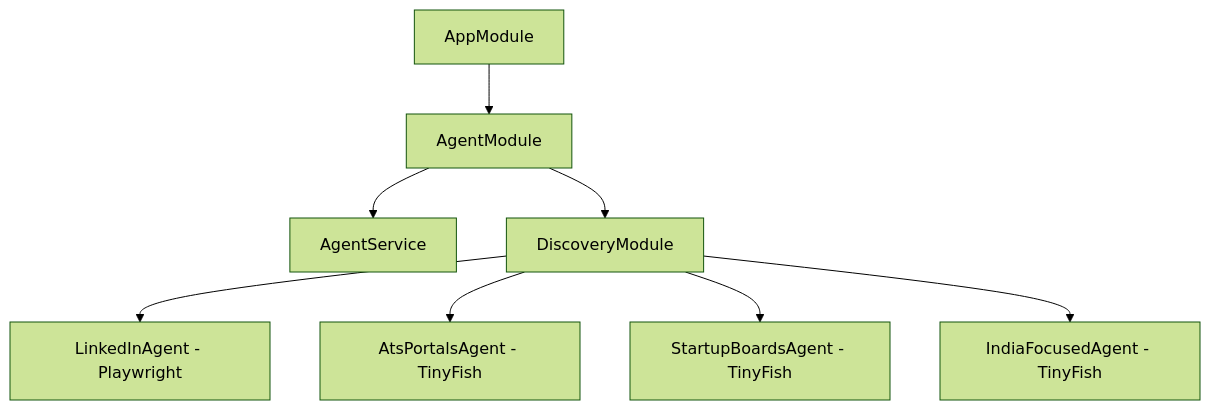
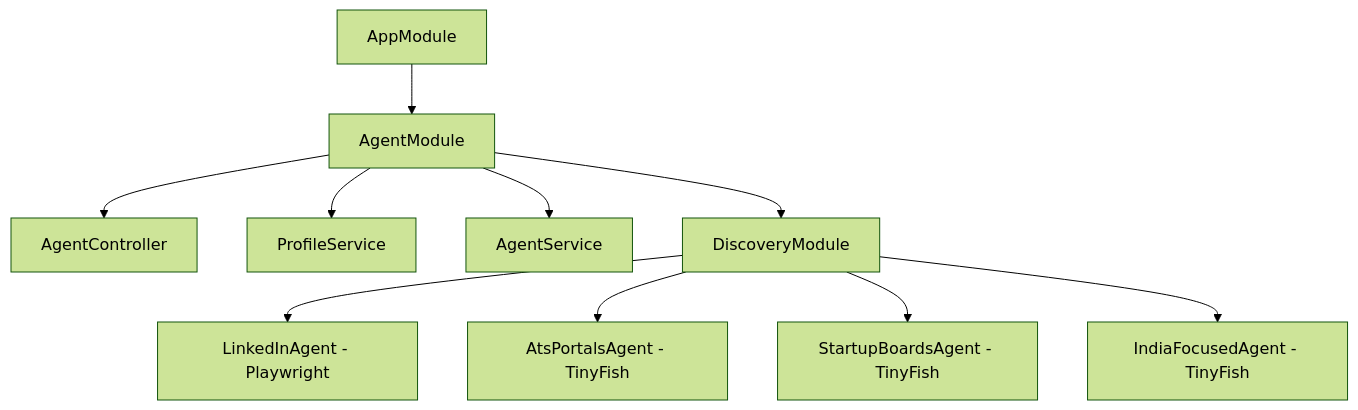
Before and after one commit to supersparton/CareerAtlas: the diagram in wiki/concepts/architecture.md, drawn with Mermaid (forest theme). The commit also changed other lines of this file and 24 other files, not shown here.

````diff
--- a/wiki/concepts/architecture.md
+++ b/wiki/concepts/architecture.md
@@ -22,10 +24,12 @@
 ```mermaid
 graph TD
     A[AppModule] --> B[AgentModule]
-    B --> C[AgentService]
-    B --> D[DiscoveryModule]
-    D --> E[LinkedInAgent - Playwright]
-    D --> F[AtsPortalsAgent - TinyFish]
-    D --> G[StartupBoardsAgent - TinyFish]
-    D --> H[IndiaFocusedAgent - TinyFish]
+    B --> C[AgentController]
+    B --> D[ProfileService]
+    B --> E[AgentService]
+    B --> F[DiscoveryModule]
+    F --> G[LinkedInAgent - Playwright]
+    F --> H[AtsPortalsAgent - TinyFish]
+    F --> I[StartupBoardsAgent - TinyFish]
+    F --> J[IndiaFocusedAgent - TinyFish]
 ```
````
